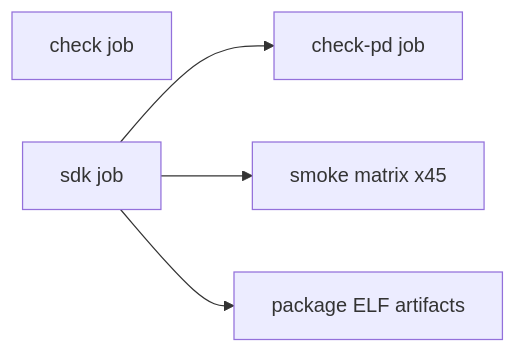
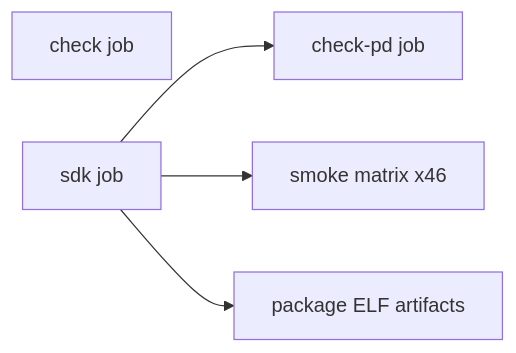
The diagram in docs/ci.md (julerex/lerux), drawn with Mermaid before and after one commit. The commit also changed other lines of this file and 25 other files, not shown here.

````diff
--- a/docs/ci.md
+++ b/docs/ci.md
@@ -13,11 +13,11 @@
 ```mermaid
 flowchart LR
   check[check job]
   sdk[sdk job]
   checkPd[check-pd job]
-  smoke[smoke matrix x45]
+  smoke[smoke matrix x46]
   package[package ELF artifacts]
   sdk --> checkPd
   sdk --> smoke
   sdk --> package
 ```
````
